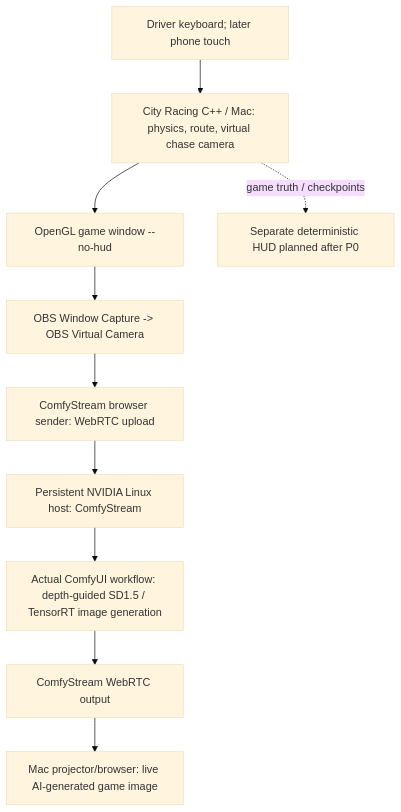
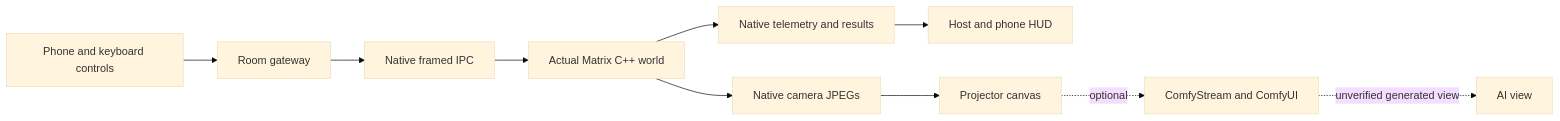
Before and after one commit to thetradingdoc/comfy-race: the diagram in docs/BUILD_PLAN.md, drawn with Mermaid (base theme). The commit also changed other lines of this file and 34 other files, not shown here.

Commit message:
feat: integrate actual Matrix multiplayer engine and racing UI

````diff
--- a/docs/BUILD_PLAN.md
+++ b/docs/BUILD_PLAN.md
@@ -11,12 +52,12 @@
-```mermaid
-flowchart TD
-    A[Driver keyboard; later phone touch] --> B[City Racing C++ / Mac: physics, route, virtual chase camera]
-    B --> C[OpenGL game window --no-hud]
-    C --> D[OBS Window Capture -> OBS Virtual Camera]
-    D --> E[ComfyStream browser sender: WebRTC upload]
-    E --> F[Persistent NVIDIA Linux host: ComfyStream]
-    F --> G[Actual ComfyUI workflow: depth-guided SD1.5 / TensorRT image generation]
-    G --> H[ComfyStream WebRTC output]
-    H --> I[Mac projector/browser: live AI-generated game image]
-    B -. game truth / checkpoints .-> J[Separate deterministic HUD planned after P0]
-```
+~~~mermaid
+flowchart LR
+    Controls[Phone and keyboard controls] --> Gateway[Room gateway]
+    Gateway --> IPC[Native framed IPC]
+    IPC --> Matrix[Actual Matrix C++ world]
+    Matrix --> State[Native telemetry and results]
+    State --> HUD[Host and phone HUD]
+    Matrix --> Cameras[Native camera JPEGs]
+    Cameras --> Projector[Projector canvas]
+    Projector -. optional .-> Comfy[ComfyStream and ComfyUI]
+    Comfy -. unverified generated view .-> AI[AI view]
+~~~
````
